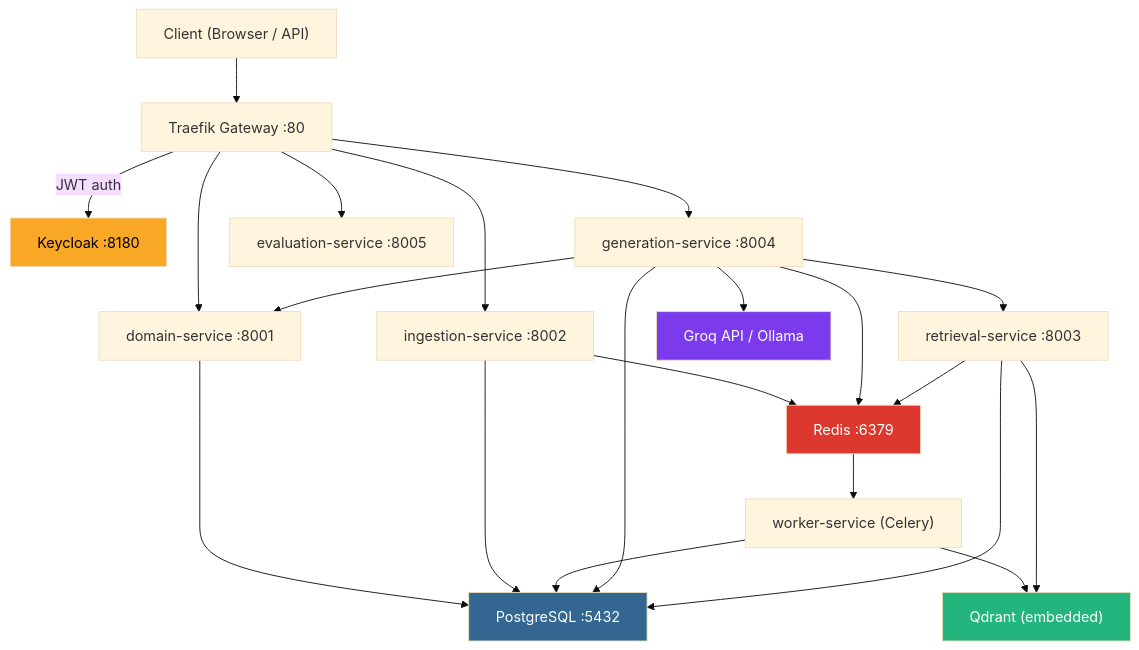
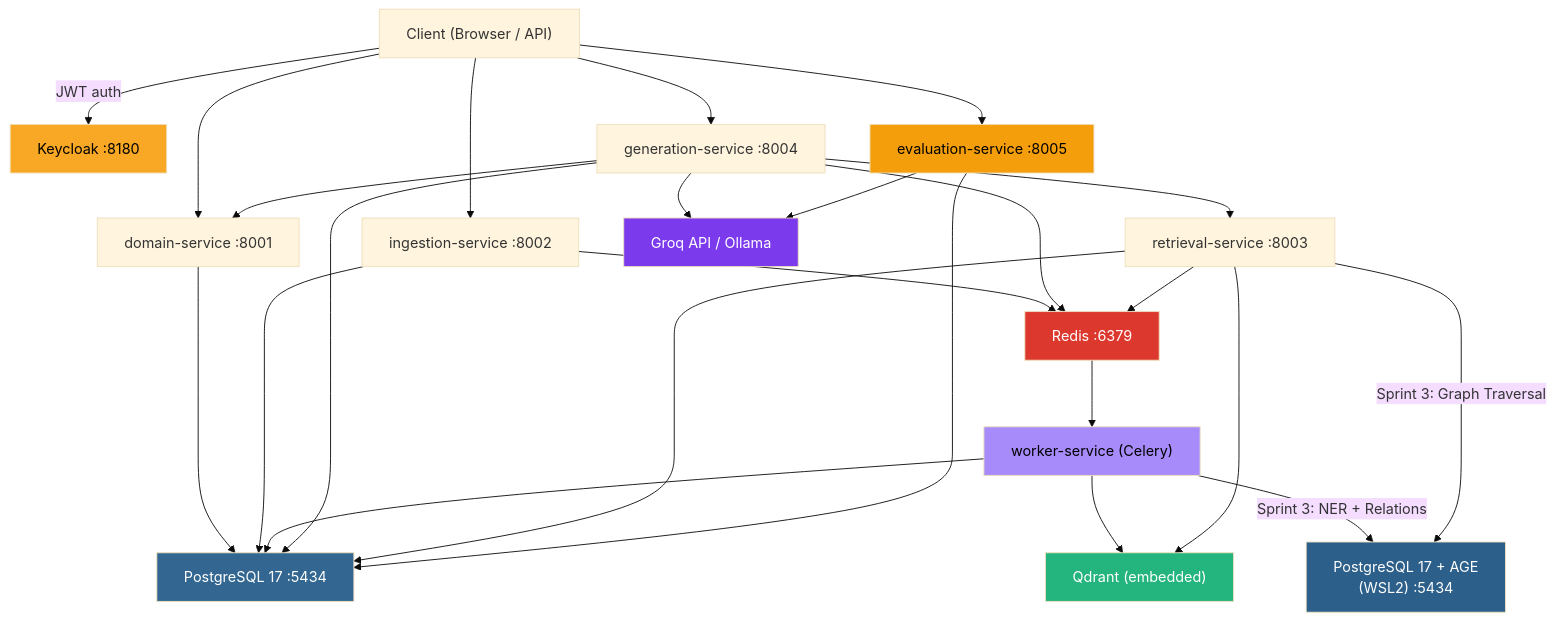
Before and after one commit to Kyrollo/Chatbot-Fixed-Solutions-Rag-System: the first of 10 diagrams in README.md, drawn with Mermaid (base theme). The commit also changed other lines of this file and 89 other files, not shown here.

````diff
--- a/README.md
+++ b/README.md
@@ -123,46 +108,53 @@
 ```mermaid
 flowchart TD
     Client["Client (Browser / API)"]
-    Traefik["Traefik Gateway :80"]
     KC["Keycloak :8180"]
     DS["domain-service :8001"]
     IS["ingestion-service :8002"]
     RS["retrieval-service :8003"]
     GS["generation-service :8004"]
     ES["evaluation-service :8005"]
     WS["worker-service (Celery)"]
-    PG["PostgreSQL :5432"]
+    PG["PostgreSQL 17 :5434"]
+    PGWSL["PostgreSQL 17 + AGE\n(WSL2) :5434"]
     RD["Redis :6379"]
     QD["Qdrant (embedded)"]
     LLM["Groq API / Ollama"]
 
-    Client --> Traefik
-    Traefik -->|JWT auth| KC
-    Traefik --> DS
-    Traefik --> IS
-    Traefik --> GS
-    Traefik --> ES
+    Client -->|JWT auth| KC
+    Client --> DS
+    Client --> IS
+    Client --> GS
+    Client --> ES
 
     DS --> PG
     IS --> PG
     IS --> RD
     RD --> WS
     WS --> PG
     WS --> QD
+    WS -->|Sprint 3: NER + Relations| PGWSL
 
     GS --> RS
     GS --> DS
     GS --> LLM
     GS --> RD
     GS --> PG
 
     RS --> QD
     RS --> PG
     RS --> RD
+    RS -->|Sprint 3: Graph Traversal| PGWSL
+
+    ES --> PG
+    ES --> LLM
 
     style KC fill:#f9a825,color:#000
     style PG fill:#336791,color:#fff
+    style PGWSL fill:#2c5f8a,color:#fff
     style RD fill:#dc382d,color:#fff
     style QD fill:#24b47e,color:#fff
     style LLM fill:#7c3aed,color:#fff
+    style WS fill:#a78bfa,color:#000
+    style ES fill:#f59e0b,color:#000
 ```
````
